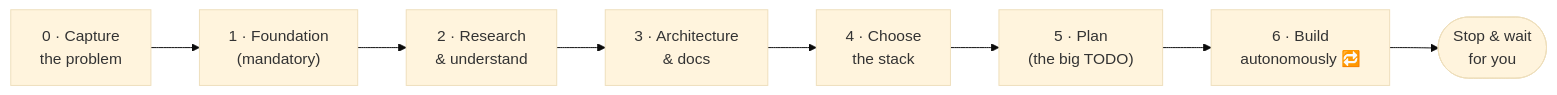
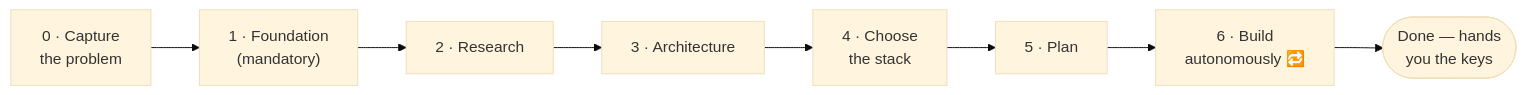
Before and after one commit to gabrieldabbah/genesis: the diagram in README.md, drawn with Mermaid (base theme). The commit also changed other lines of this file, not shown here.

````diff
--- a/README.md
+++ b/README.md
@@ -54,10 +95,10 @@
 ```mermaid
 flowchart LR
     P0["0 · Capture<br/>the problem"] --> P1["1 · Foundation<br/>(mandatory)"]
-    P1 --> P2["2 · Research<br/>& understand"]
-    P2 --> P3["3 · Architecture<br/>& docs"]
+    P1 --> P2["2 · Research"]
+    P2 --> P3["3 · Architecture"]
     P3 --> P4["4 · Choose<br/>the stack"]
-    P4 --> P5["5 · Plan<br/>(the big TODO)"]
+    P4 --> P5["5 · Plan"]
     P5 --> P6["6 · Build<br/>autonomously 🔁"]
-    P6 --> Done(["Stop & wait<br/>for you"])
+    P6 --> Done(["Done — hands<br/>you the keys"])
 ```
````
